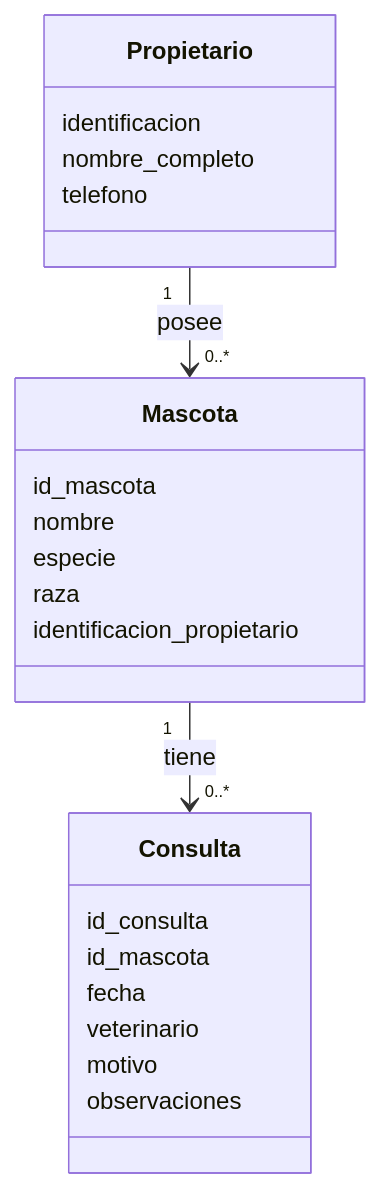
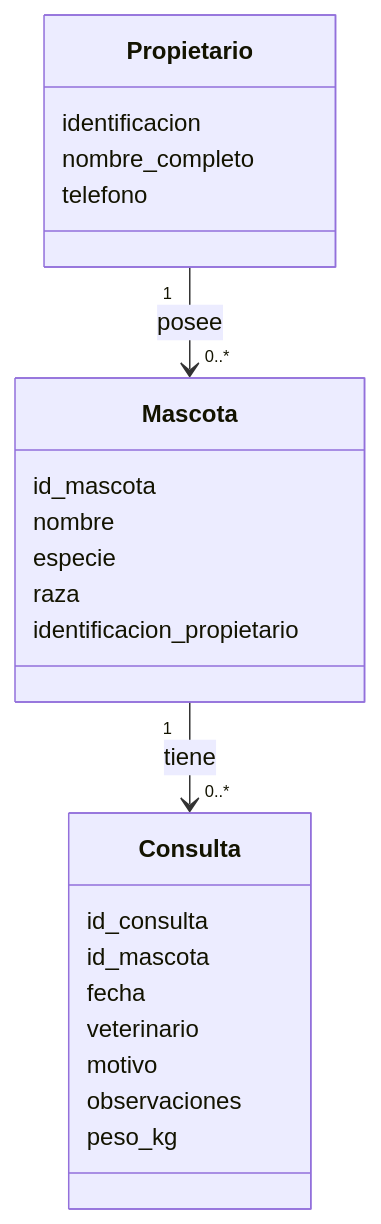
Before and after one commit to camiGuarin/PetCare-SCM: the diagram in 01_Documentacion/02_Diseño/DIS-001_Diseno_Sistema.md, drawn with Mermaid. The commit also changed other lines of this file, not shown here.

Commit message:
CR-001: agrega atributo peso_kg a la entidad Consulta en DIS-001 (v1.1)

````diff
--- a/01_Documentacion/02_Diseño/DIS-001_Diseno_Sistema.md
+++ b/01_Documentacion/02_Diseño/DIS-001_Diseno_Sistema.md
@@ -63,25 +65,26 @@
 ```mermaid
 classDiagram
     Propietario "1" --> "0..*" Mascota : posee
     Mascota "1" --> "0..*" Consulta : tiene
     class Propietario {
         identificacion
         nombre_completo
         telefono
     }
     class Mascota {
         id_mascota
         nombre
         especie
         raza
         identificacion_propietario
     }
     class Consulta {
         id_consulta
         id_mascota
         fecha
         veterinario
         motivo
         observaciones
+        peso_kg
     }
 ```
````
